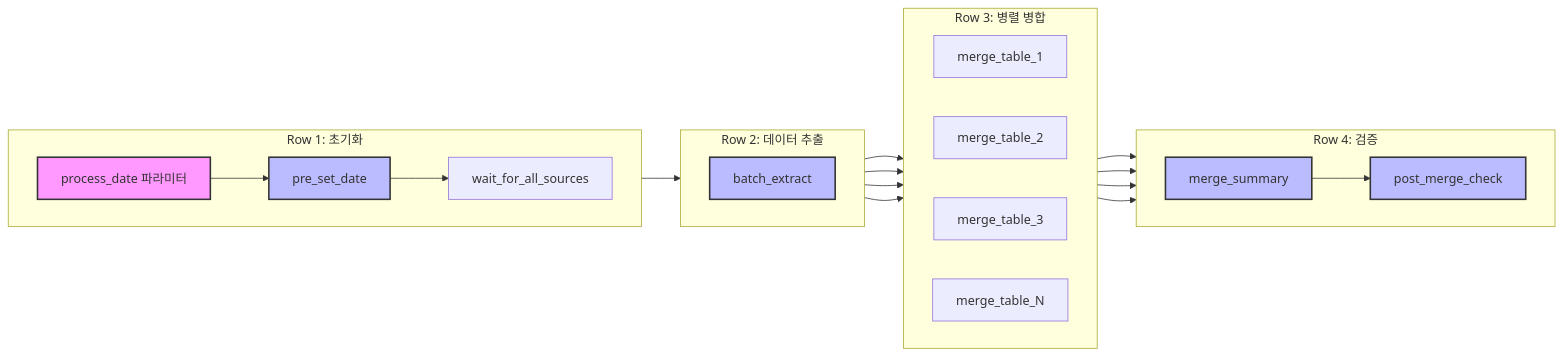
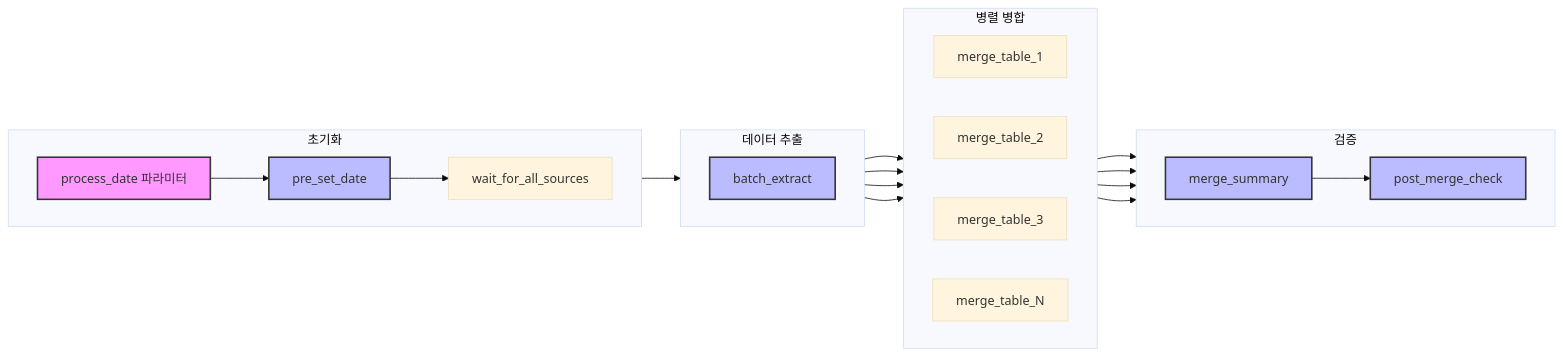
Before and after one commit to yeokyeong-yoon/yeokyeong-yoon.github.io: the seventh of 11 diagrams in _posts/2025-03-18-etl-pipeline.md, drawn with Mermaid. The commit also changed other lines of this file, not shown here.

Commit message:
docs: Improve Mermaid diagram readability with larger font size and clearer labels

````diff
--- a/_posts/2025-03-18-etl-pipeline.md
+++ b/_posts/2025-03-18-etl-pipeline.md
@@ -315,45 +321,46 @@
 ```mermaid
+%%{init: {'theme': 'base', 'themeVariables': { 'fontSize': '16px'}}}%%
 graph LR
-    subgraph "Row 1: 초기화"
+    subgraph "초기화"
         direction LR
         P1[process_date 파라미터]
         T1[pre_set_date]
         T2[wait_for_all_sources]
         P1 --> T1 --> T2
     end
     
-    subgraph "Row 2: 데이터 추출"
+    subgraph "데이터 추출"
         direction LR
         T3[batch_extract]
         T2 --> T3
     end
     
-    subgraph "Row 3: 병렬 병합"
+    subgraph "병렬 병합"
         direction LR
         T4[merge_table_1]
         T5[merge_table_2]
         T6[merge_table_3]
         T7[merge_table_N]
         T3 --> T4
         T3 --> T5
         T3 --> T6
         T3 --> T7
     end
     
-    subgraph "Row 4: 검증"
+    subgraph "검증"
         direction LR
         T8[merge_summary]
         T9[post_merge_check]
         T4 --> T8
         T5 --> T8
         T6 --> T8
         T7 --> T8
         T8 --> T9
     end
     
     style P1 fill:#f9f,stroke:#333,stroke-width:2px
     style T1 fill:#bbf,stroke:#333,stroke-width:2px
     style T3 fill:#bbf,stroke:#333,stroke-width:2px
     style T8 fill:#bbf,stroke:#333,stroke-width:2px
     style T9 fill:#bbf,stroke:#333,stroke-width:2px
 ```
````
